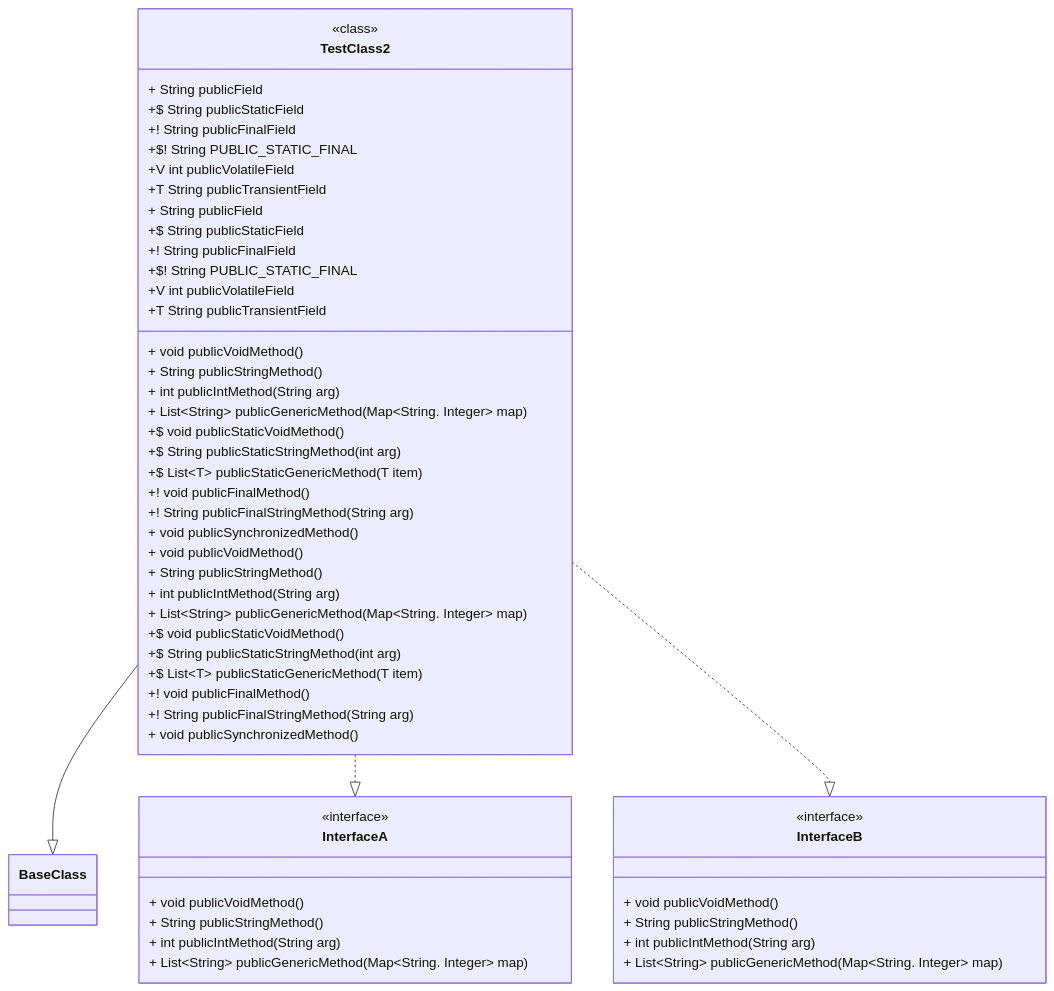
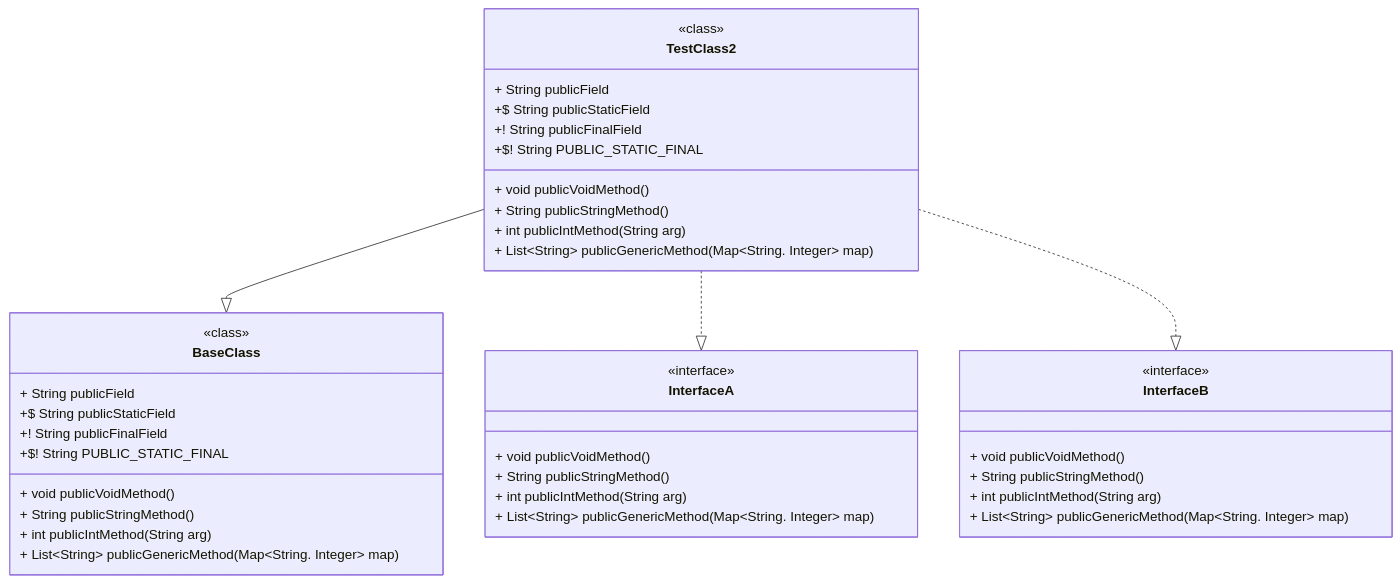
The diagram in README.md (retroRUK/mermaid-diagrams), drawn with Mermaid before and after one commit.

Commit message:
added example diagram

````diff
--- a/README.md
+++ b/README.md
@@ -21,62 +21,46 @@
 ```mermaid
 classDiagram
 	TestClass2 --|> BaseClass
 	TestClass2 ..|> InterfaceA
 	TestClass2 ..|> InterfaceB
 	class TestClass2 {
 		<<class>>
 		+ String publicField
 		+$ String publicStaticField
 		+! String publicFinalField
 		+$! String PUBLIC_STATIC_FINAL
-		+V int publicVolatileField
-		+T String publicTransientField
 		+ void publicVoidMethod()
 		+ String publicStringMethod()
 		+ int publicIntMethod(String arg)
 		+ List~String~ publicGenericMethod(Map~String. Integer~ map)
-		+$ void publicStaticVoidMethod()
-		+$ String publicStaticStringMethod(int arg)
-		+$ List~T~ publicStaticGenericMethod(T item)
-		+! void publicFinalMethod()
-		+! String publicFinalStringMethod(String arg)
-		+ void publicSynchronizedMethod()
 	}
 
-	class TestClass2 {
+	class BaseClass {
 		<<class>>
 		+ String publicField
 		+$ String publicStaticField
 		+! String publicFinalField
 		+$! String PUBLIC_STATIC_FINAL
-		+V int publicVolatileField
-		+T String publicTransientField
 		+ void publicVoidMethod()
 		+ String publicStringMethod()
 		+ int publicIntMethod(String arg)
 		+ List~String~ publicGenericMethod(Map~String. Integer~ map)
-		+$ void publicStaticVoidMethod()
-		+$ String publicStaticStringMethod(int arg)
-		+$ List~T~ publicStaticGenericMethod(T item)
-		+! void publicFinalMethod()
-		+! String publicFinalStringMethod(String arg)
-		+ void publicSynchronizedMethod()
 	}
 
 	class InterfaceA {
 		<<interface>>
 		+ void publicVoidMethod()
 		+ String publicStringMethod()
 		+ int publicIntMethod(String arg)
 		+ List~String~ publicGenericMethod(Map~String. Integer~ map)
 	}
 
 	class InterfaceB {
 		<<interface>>
 		+ void publicVoidMethod()
 		+ String publicStringMethod()
 		+ int publicIntMethod(String arg)
 		+ List~String~ publicGenericMethod(Map~String. Integer~ map)
 	}
 
 ```
````
